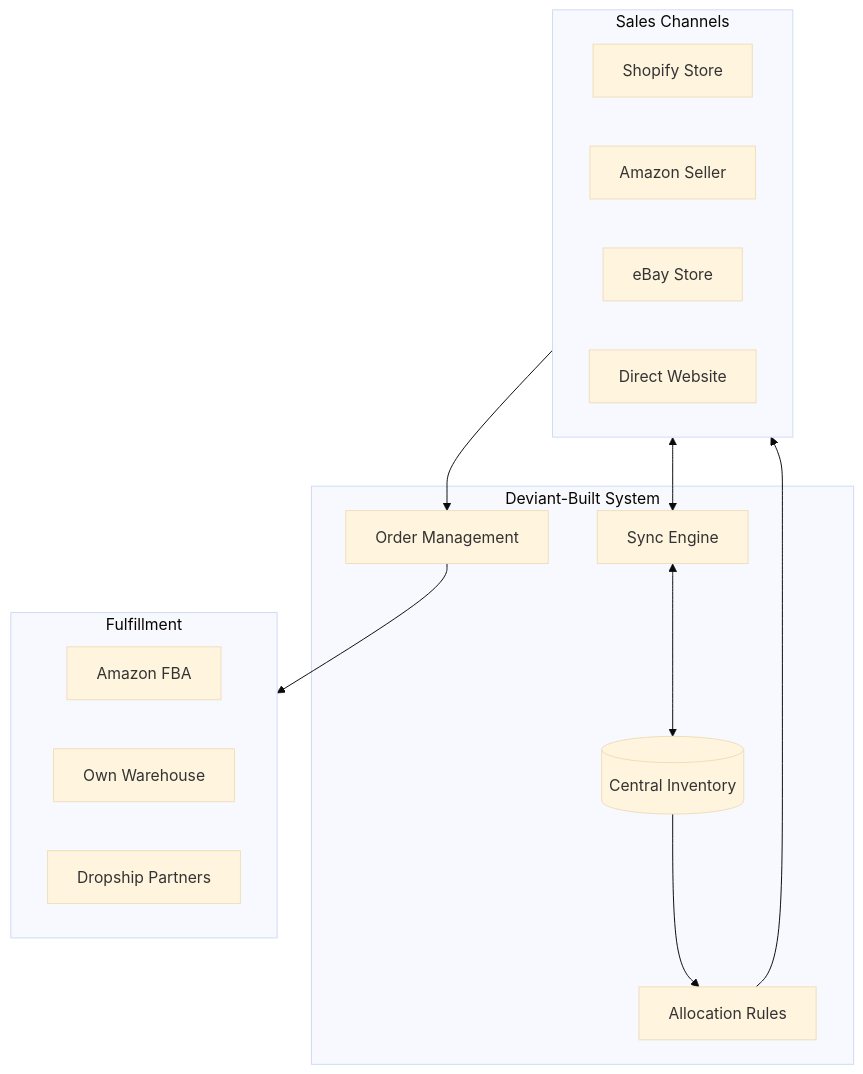
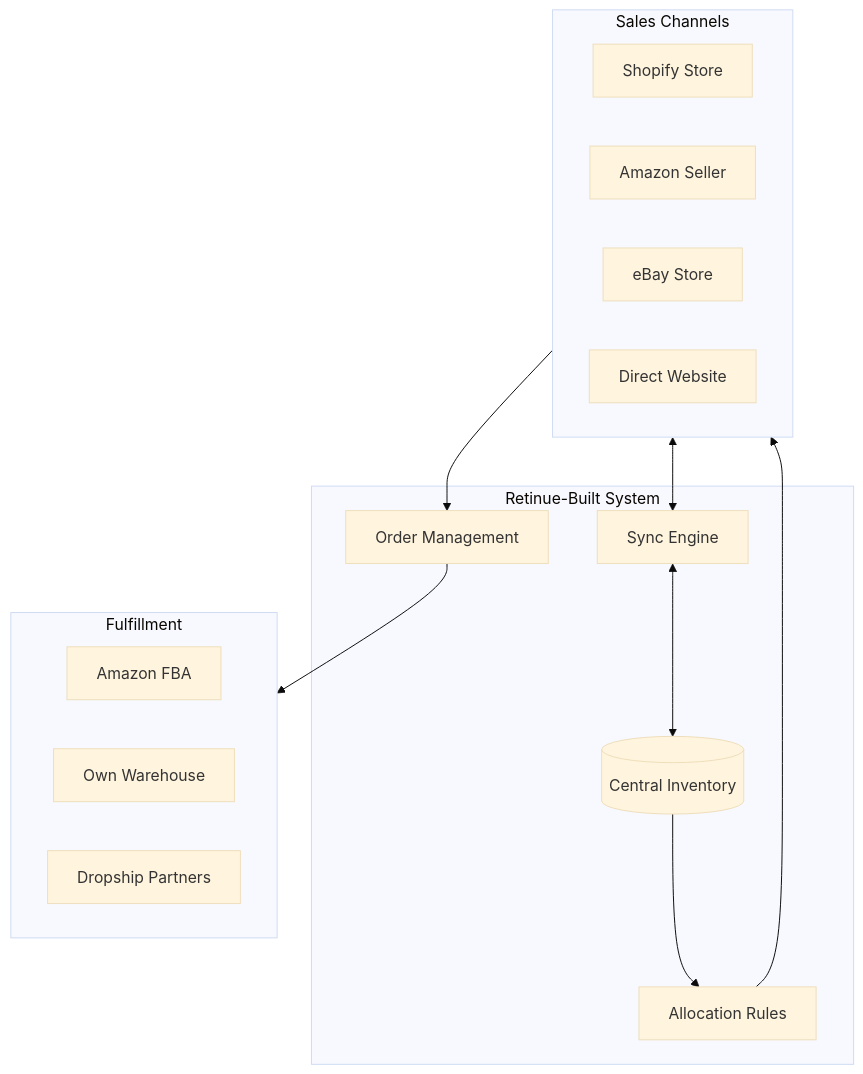
Before and after one commit to nicanor-korir/retinue: the diagram in docs/articles/3-use-cases/08-for-ecommerce.md, drawn with Mermaid (base theme). The commit also changed other lines of this file and 128 other files, not shown here.

First line of the commit message:
feat(rebrand): rename Deviant/AgentGo to Retinue, rewrite docs, add shared-VPS deploy

````diff
--- a/docs/articles/3-use-cases/08-for-ecommerce.md
+++ b/docs/articles/3-use-cases/08-for-ecommerce.md
@@ -34,29 +34,29 @@
 ```mermaid
 flowchart TB
     subgraph Channels["Sales Channels"]
         Shopify[Shopify Store]
         Amazon[Amazon Seller]
         eBay[eBay Store]
         Website[Direct Website]
     end
 
-    subgraph Core["Deviant-Built System"]
+    subgraph Core["Retinue-Built System"]
         Inventory[(Central Inventory)]
         Sync[Sync Engine]
         Orders[Order Management]
         Rules[Allocation Rules]
     end
 
     subgraph Fulfillment["Fulfillment"]
         FBA[Amazon FBA]
         Warehouse[Own Warehouse]
         Dropship[Dropship Partners]
     end
 
     Channels <--> Sync
     Sync <--> Inventory
     Inventory --> Rules
     Rules --> Channels
     Channels --> Orders
     Orders --> Fulfillment
 ```
````
